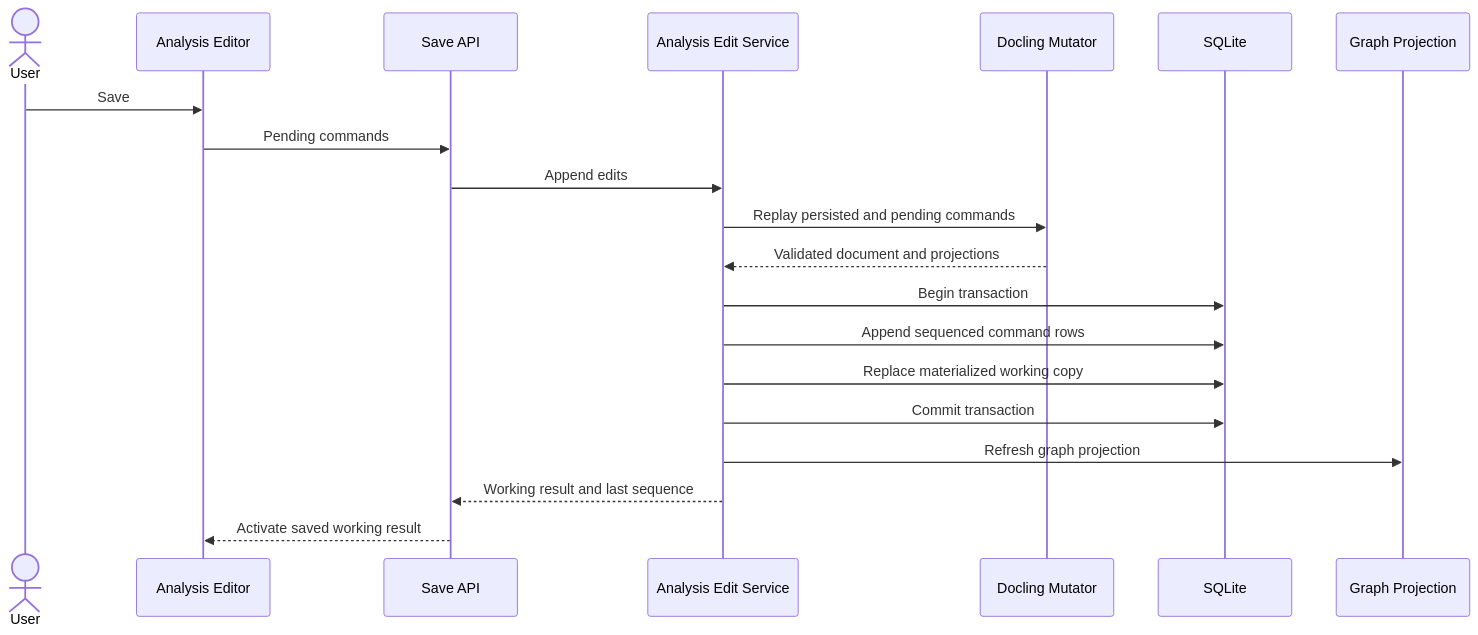
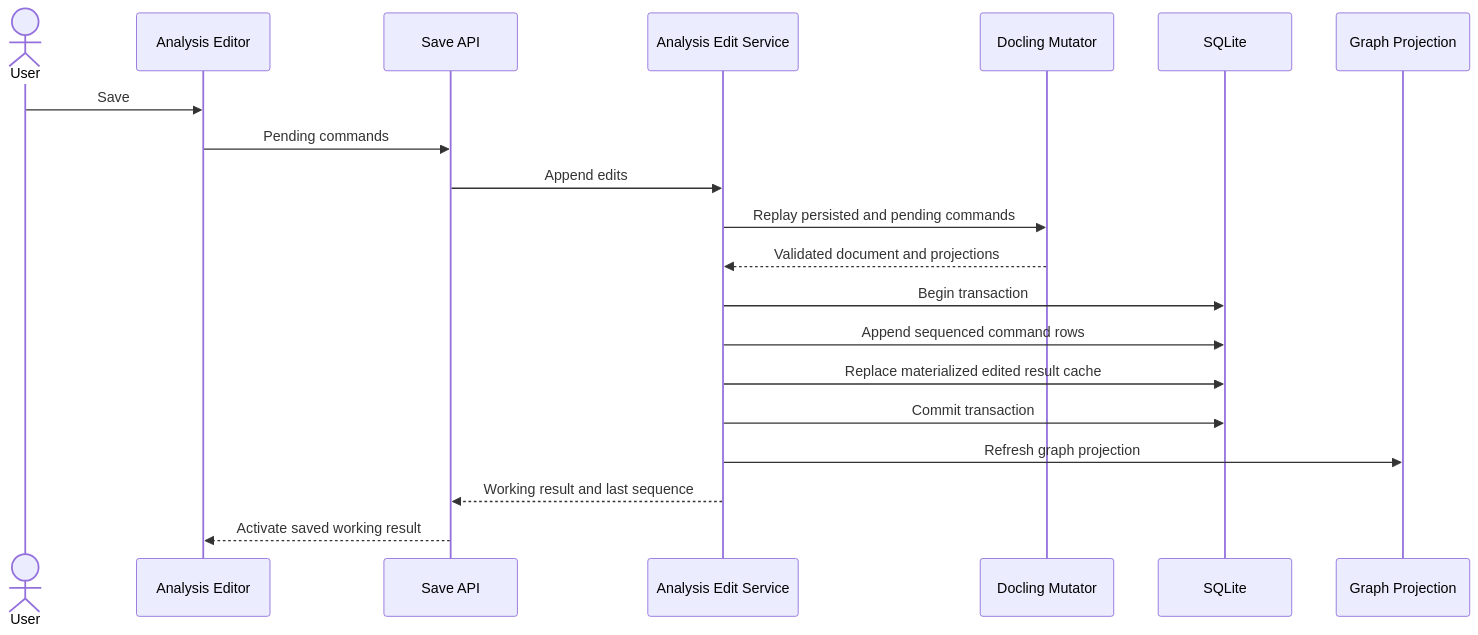
The fourth of 6 diagrams in docs/design/analysis-editor.md (scub-france/docling-Studio), drawn with Mermaid before and after one commit. The commit also changed other lines of this file and 35 other files, not shown here.

````diff
--- a/docs/design/analysis-editor.md
+++ b/docs/design/analysis-editor.md
@@ -260,25 +260,25 @@
 ```mermaid
 sequenceDiagram
     actor User
     participant UI as Analysis Editor
     participant API as Save API
     participant Service as Analysis Edit Service
     participant Docling as Docling Mutator
     participant DB as SQLite
     participant Graph as Graph Projection
 
     User->>UI: Save
     UI->>API: Pending commands
     API->>Service: Append edits
     Service->>Docling: Replay persisted and pending commands
     Docling-->>Service: Validated document and projections
 
     Service->>DB: Begin transaction
     Service->>DB: Append sequenced command rows
-    Service->>DB: Replace materialized working copy
+    Service->>DB: Replace materialized edited result cache
     Service->>DB: Commit transaction
 
     Service->>Graph: Refresh graph projection
     Service-->>API: Working result and last sequence
     API-->>UI: Activate saved working result
 ```
````
